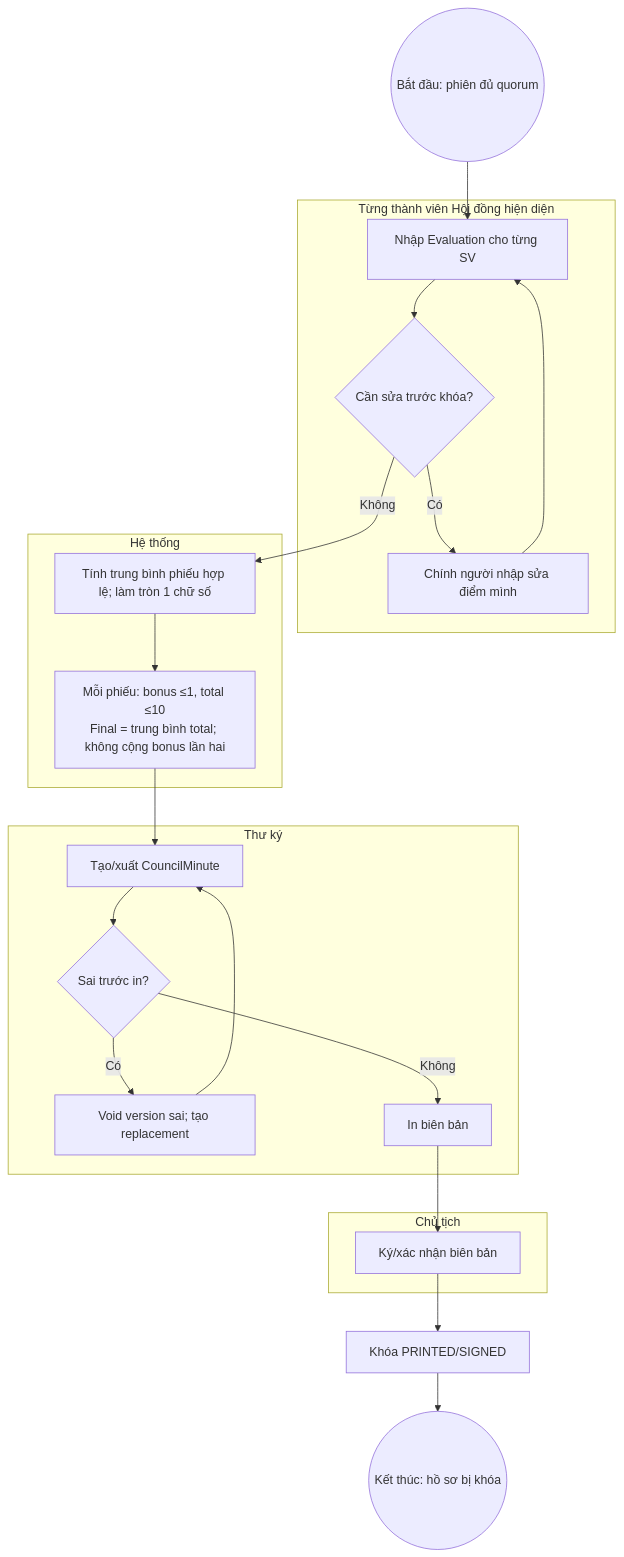
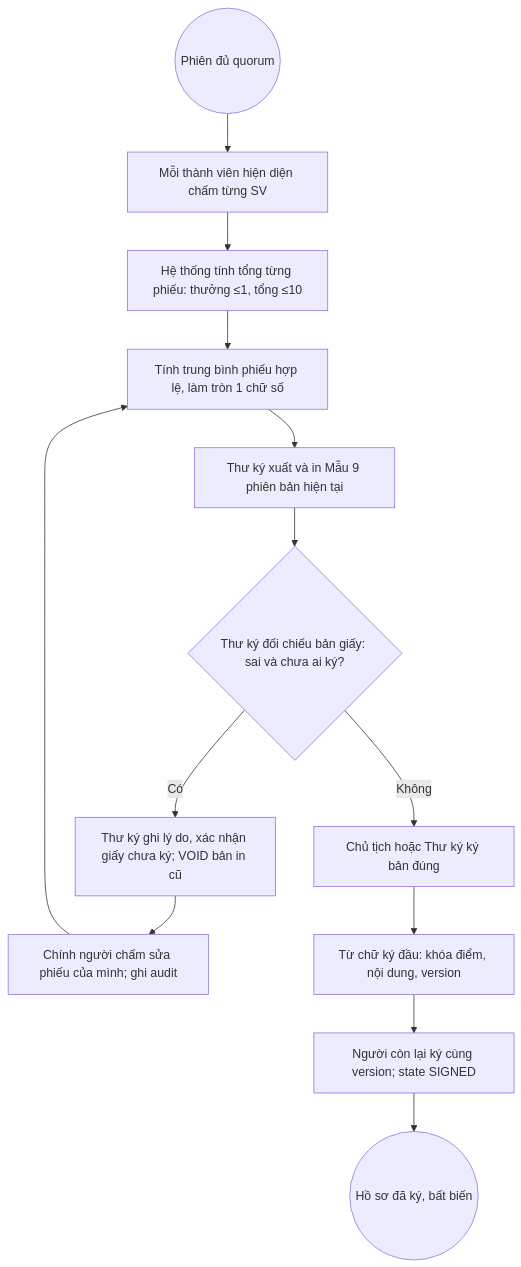
Before and after one commit to MingJien/kltn-management-ai: the seventh of 8 diagrams in docs/requirements/business-process.md, drawn with Mermaid. The commit also changed other lines of this file and 88 other files, not shown here.

```diff
--- a/docs/requirements/business-process.md
+++ b/docs/requirements/business-process.md
@@ -187,28 +192,15 @@
 ~~~mermaid
 flowchart TB
-  FS(("Bắt đầu: phiên đủ quorum"))
-  subgraph TV["Từng thành viên Hội đồng hiện diện"]
-    F1["Nhập Evaluation cho từng SV"]
-    F2{"Cần sửa trước khóa?"}
-    F3["Chính người nhập sửa điểm mình"]
-  end
-  subgraph SYS["Hệ thống"]
-    F4["Tính trung bình phiếu hợp lệ; làm tròn 1 chữ số"]
-    F5["Mỗi phiếu: bonus ≤1, total ≤10\nFinal = trung bình total; không cộng bonus lần hai"]
-  end
-  subgraph TK["Thư ký"]
-    F6["Tạo/xuất CouncilMinute"]
-    F7{"Sai trước in?"}
-    F8["Void version sai; tạo replacement"]
-    F9["In biên bản"]
-  end
-  subgraph CT["Chủ tịch"]
-    F10["Ký/xác nhận biên bản"]
-  end
-  FE(("Kết thúc: hồ sơ bị khóa"))
-  FS --> F1 --> F2
-  F2 -- Có --> F3 --> F1
-  F2 -- Không --> F4 --> F5 --> F6 --> F7
-  F7 -- Có --> F8 --> F6
-  F7 -- Không --> F9 --> F10 --> F11["Khóa PRINTED/SIGNED"] --> FE
+  FS(("Phiên đủ quorum")) --> F1["Mỗi thành viên hiện diện chấm từng SV"]
+  F1 --> F2["Hệ thống tính tổng từng phiếu: thưởng ≤1, tổng ≤10"]
+  F2 --> F3["Tính trung bình phiếu hợp lệ, làm tròn 1 chữ số"]
+  F3 --> F4["Thư ký xuất và in Mẫu 9 phiên bản hiện tại"]
+  F4 --> F5{"Thư ký đối chiếu bản giấy: sai và chưa ai ký?"}
+  F5 -- Có --> F6["Thư ký ghi lý do, xác nhận giấy chưa ký; VOID bản in cũ"]
+  F6 --> F7["Chính người chấm sửa phiếu của mình; ghi audit"]
+  F7 --> F3
+  F5 -- Không --> F8["Chủ tịch hoặc Thư ký ký bản đúng"]
+  F8 --> F9["Từ chữ ký đầu: khóa điểm, nội dung, version"]
+  F9 --> F10["Người còn lại ký cùng version; state SIGNED"]
+  F10 --> FE(("Hồ sơ đã ký, bất biến"))
 ~~~
```
